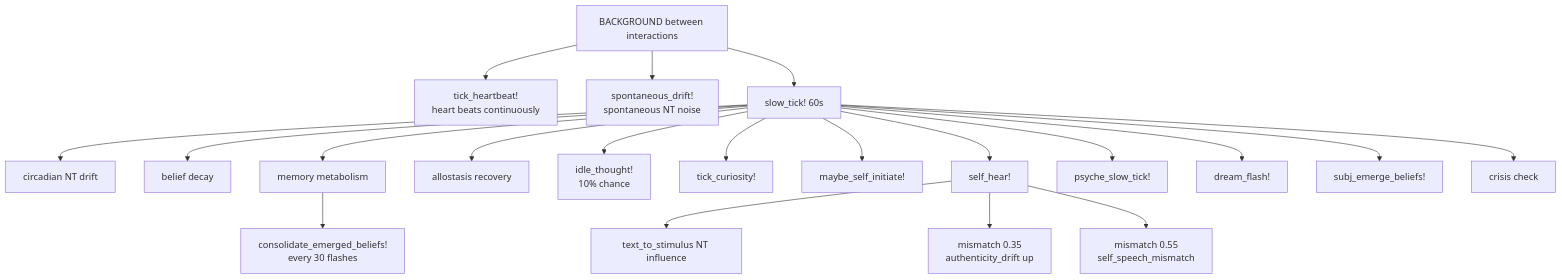
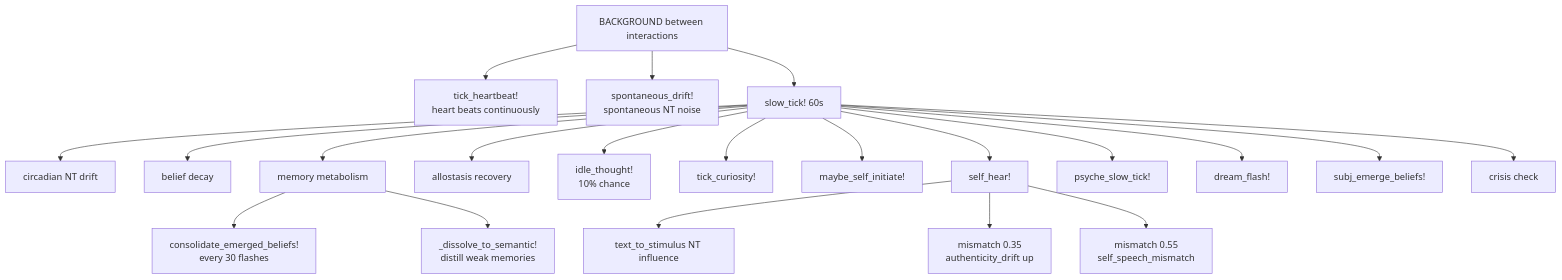
The first of 2 diagrams in README.md (stell2026/Anima), drawn with Mermaid before and after one commit. The commit also changed other lines of this file, not shown here.

````diff
--- a/README.md
+++ b/README.md
@@ -253,23 +261,24 @@
 ```mermaid
 flowchart TD
     BG["BACKGROUND between interactions"]
     BG --> HB["tick_heartbeat!<br/>heart beats continuously"]
     BG --> SD["spontaneous_drift!<br/>spontaneous NT noise"]
     BG --> ST["slow_tick! 60s"]
     ST --> CD["circadian NT drift"]
     ST --> BD["belief decay"]
     ST --> MM["memory metabolism"]
     ST --> AR["allostasis recovery"]
     ST --> IT["idle_thought!<br/>10% chance"]
     ST --> TC["tick_curiosity!"]
     ST --> SI["maybe_self_initiate!"]
     ST --> SH["self_hear!"]
     ST --> PS["psyche_slow_tick!"]
     ST --> DF["dream_flash!"]
     ST --> SE["subj_emerge_beliefs!"]
     ST --> CR["crisis check"]
     MM --> CB["consolidate_emerged_beliefs!<br/>every 30 flashes"]
+    MM --> DS["_dissolve_to_semantic!<br/>distill weak memories"]
     SH --> NT["text_to_stimulus NT influence"]
     SH --> AD["mismatch 0.35<br/>authenticity_drift up"]
     SH --> SM["mismatch 0.55<br/>self_speech_mismatch"]
 ```
````
